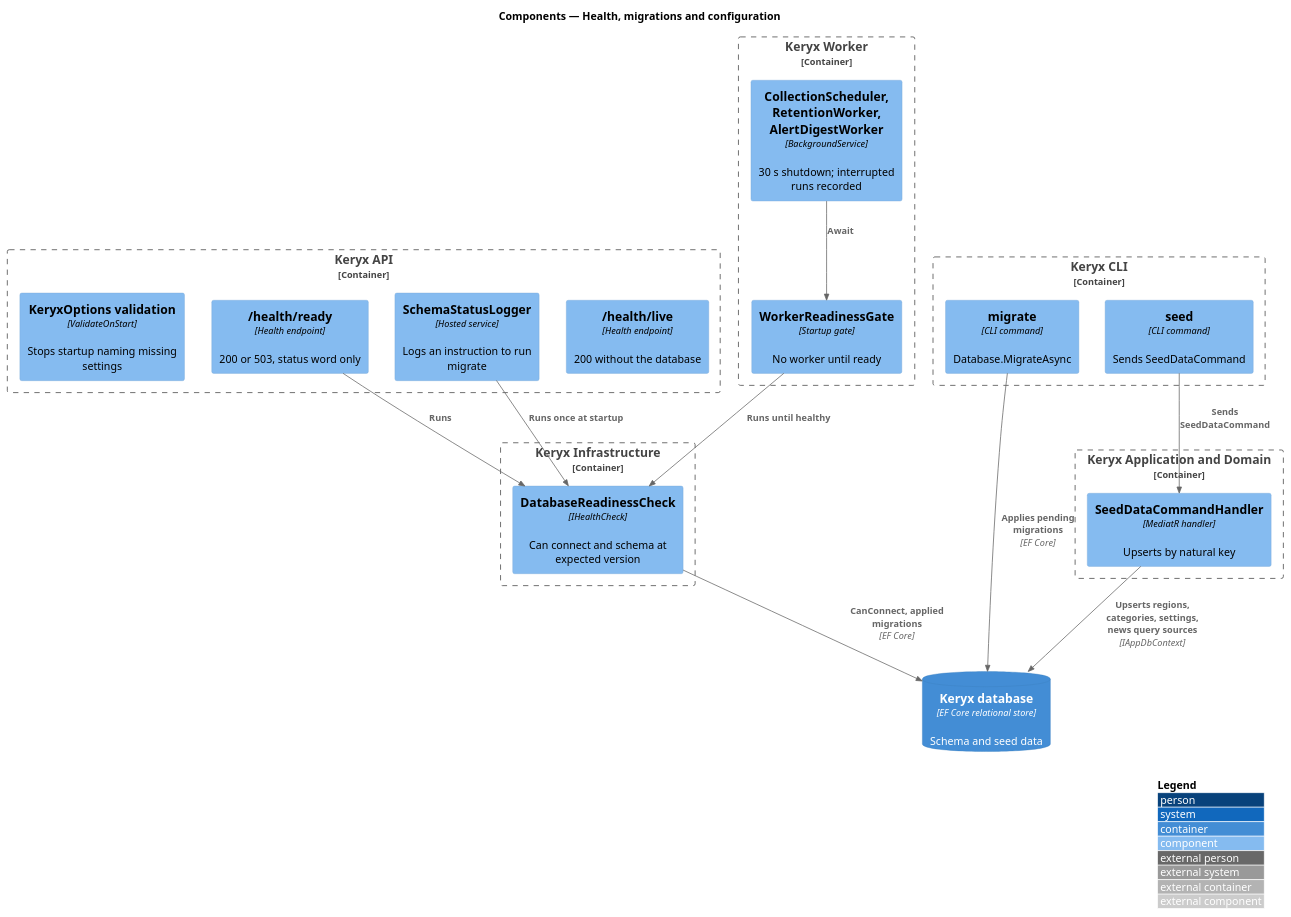
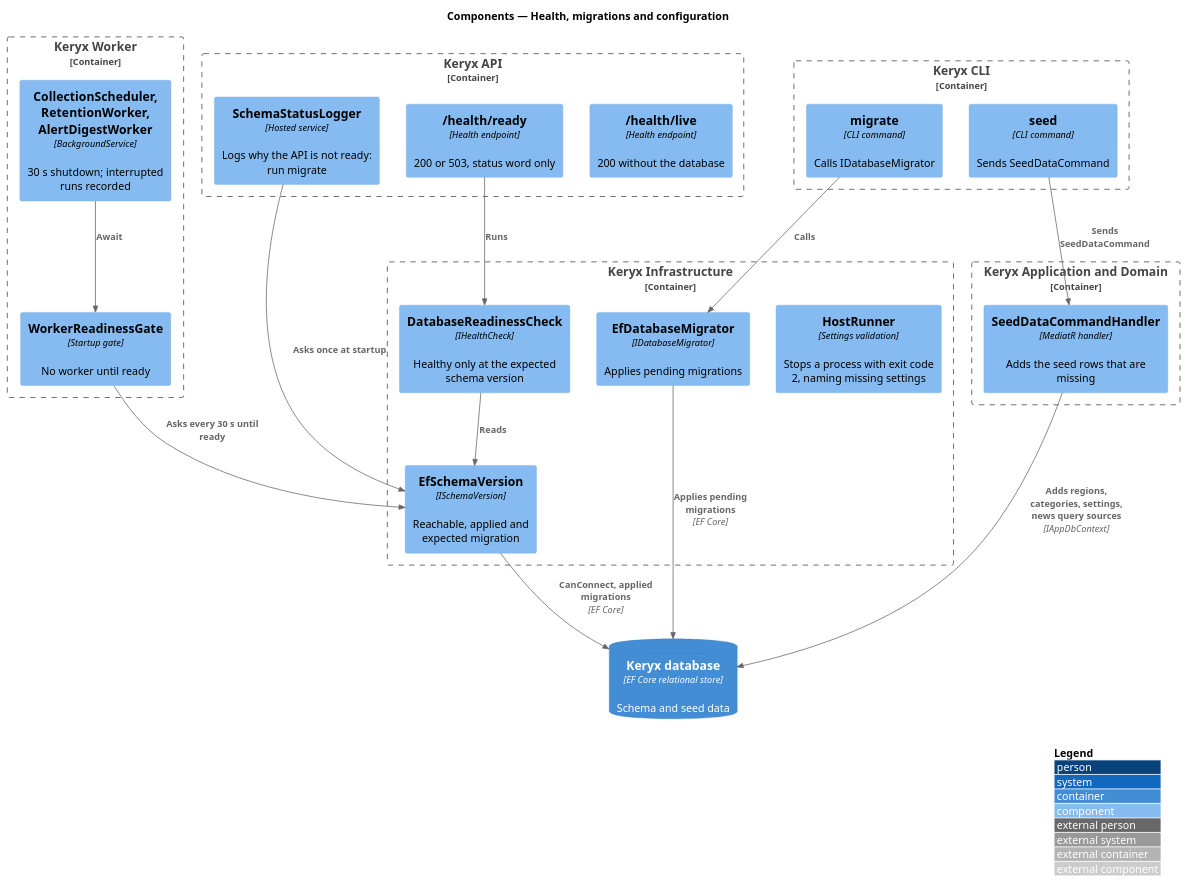
The diagram in docs/detailed-designs/operations/health-migrations-and-configuration/diagrams/c4-component.puml (QuinntyneBrown/keryx), drawn with PlantUML before and after one commit. The commit also changed 17 other files, not shown here.

```diff
--- a/docs/detailed-designs/operations/health-migrations-and-configuration/diagrams/c4-component.puml
+++ b/docs/detailed-designs/operations/health-migrations-and-configuration/diagrams/c4-component.puml
@@ -1,36 +1,40 @@
 @startuml
 !include <C4/C4_Component>
 LAYOUT_WITH_LEGEND()
 title Components — Health, migrations and configuration
 
 Container_Boundary(api, "Keryx API") {
   Component(live, "/health/live", "Health endpoint", "200 without the database")
   Component(ready, "/health/ready", "Health endpoint", "200 or 503, status word only")
-  Component(logger, "SchemaStatusLogger", "Hosted service", "Logs an instruction to run migrate")
-  Component(opts, "KeryxOptions validation", "ValidateOnStart", "Stops startup naming missing settings")
+  Component(logger, "SchemaStatusLogger", "Hosted service", "Logs why the API is not ready: run migrate")
 }
 Container_Boundary(worker, "Keryx Worker") {
   Component(gate, "WorkerReadinessGate", "Startup gate", "No worker until ready")
   Component(workers, "CollectionScheduler, RetentionWorker, AlertDigestWorker", "BackgroundService", "30 s shutdown; interrupted runs recorded")
 }
 Container_Boundary(infra, "Keryx Infrastructure") {
-  Component(check, "DatabaseReadinessCheck", "IHealthCheck", "Can connect and schema at expected version")
+  Component(runner, "HostRunner", "Settings validation", "Stops a process with exit code 2, naming missing settings")
+  Component(check, "DatabaseReadinessCheck", "IHealthCheck", "Healthy only at the expected schema version")
+  Component(schema, "EfSchemaVersion", "ISchemaVersion", "Reachable, applied and expected migration")
+  Component(migrator, "EfDatabaseMigrator", "IDatabaseMigrator", "Applies pending migrations")
 }
 Container_Boundary(cli, "Keryx CLI") {
-  Component(mig, "migrate", "CLI command", "Database.MigrateAsync")
+  Component(mig, "migrate", "CLI command", "Calls IDatabaseMigrator")
   Component(seed, "seed", "CLI command", "Sends SeedDataCommand")
 }
 Container_Boundary(app, "Keryx Application and Domain") {
-  Component(seedh, "SeedDataCommandHandler", "MediatR handler", "Upserts by natural key")
+  Component(seedh, "SeedDataCommandHandler", "MediatR handler", "Adds the seed rows that are missing")
 }
 ContainerDb(db, "Keryx database", "EF Core relational store", "Schema and seed data")
 
 Rel(ready, check, "Runs")
-Rel(logger, check, "Runs once at startup")
-Rel(gate, check, "Runs until healthy")
+Rel(check, schema, "Reads")
+Rel(logger, schema, "Asks once at startup")
+Rel(gate, schema, "Asks every 30 s until ready")
 Rel(workers, gate, "Await")
-Rel(check, db, "CanConnect, applied migrations", "EF Core")
-Rel(mig, db, "Applies pending migrations", "EF Core")
+Rel(schema, db, "CanConnect, applied migrations", "EF Core")
+Rel(mig, migrator, "Calls")
+Rel(migrator, db, "Applies pending migrations", "EF Core")
 Rel(seed, seedh, "Sends SeedDataCommand")
-Rel(seedh, db, "Upserts regions, categories, settings, news query sources", "IAppDbContext")
+Rel(seedh, db, "Adds regions, categories, settings, news query sources", "IAppDbContext")
 @enduml
```
